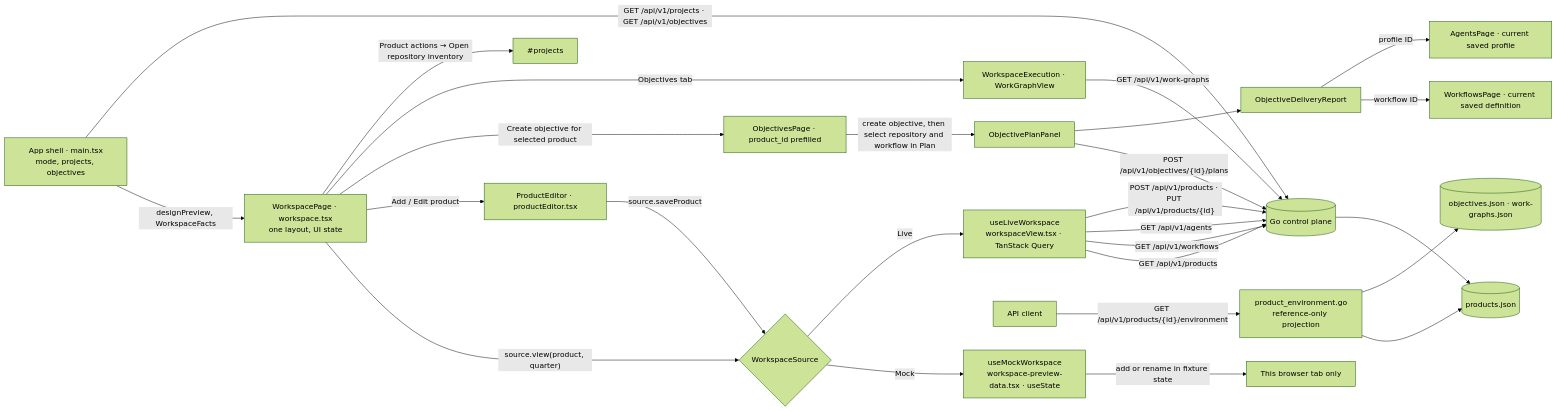
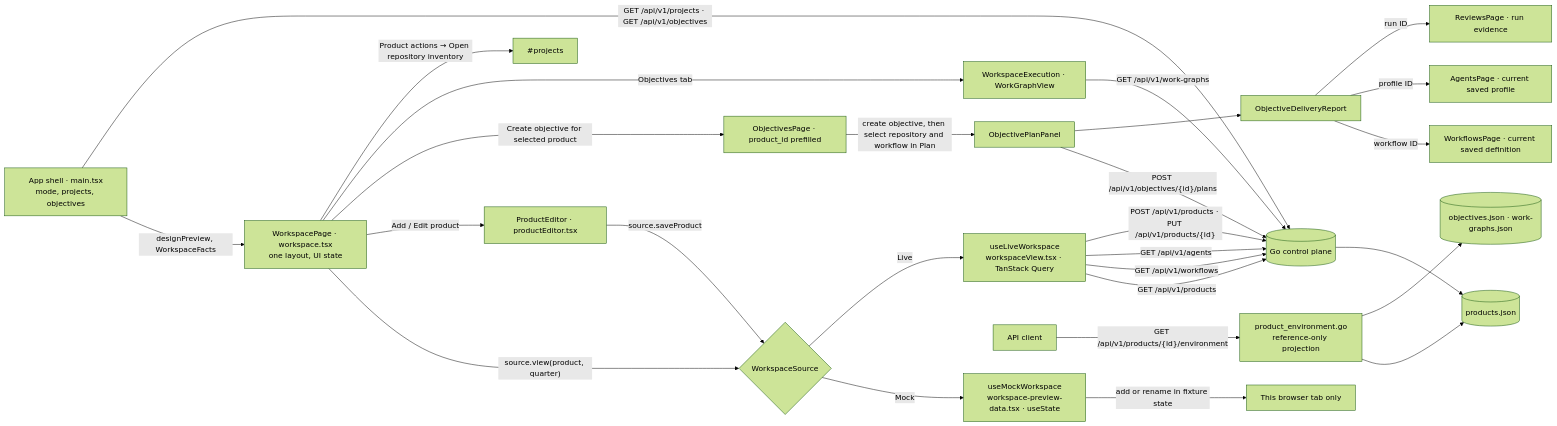
One commit to bogdaniel/zenchron-engineering-os changed the diagram in docs/features/product-workspace.md. Above: the diagram before and after it, drawn with Mermaid (forest theme). The commit also changed other lines of this file and 4 other files, not shown here.

Commit message:
feat(reviews): open execution evidence by run ID

````diff
--- a/docs/features/product-workspace.md
+++ b/docs/features/product-workspace.md
@@ -12,28 +12,29 @@
 ```mermaid
 flowchart LR
     Shell["App shell · main.tsx<br/>mode, projects, objectives"] -->|"designPreview, WorkspaceFacts"| Page["WorkspacePage · workspace.tsx<br/>one layout, UI state"]
     Page -->|"source.view(product, quarter)"| Source{"WorkspaceSource"}
     Source -->|Mock| Mock["useMockWorkspace<br/>workspace-preview-data.tsx · useState"]
     Source -->|Live| Live["useLiveWorkspace<br/>workspaceView.tsx · TanStack Query"]
     Live -->|"GET /api/v1/products"| CP[(Go control plane)]
     Live -->|"GET /api/v1/workflows"| CP
     Live -->|"GET /api/v1/agents"| CP
     Shell -->|"GET /api/v1/projects · GET /api/v1/objectives"| CP
     Page -->|"Add / Edit product"| Editor["ProductEditor · productEditor.tsx"]
     Editor -->|"source.saveProduct"| Source
     Live -->|"POST /api/v1/products · PUT /api/v1/products/{id}"| CP
     Page -->|"Create objective for selected product"| Objective["ObjectivesPage · product_id prefilled"]
     Objective -->|"create objective, then select repository and workflow in Plan"| Plans["ObjectivePlanPanel"]
     Plans -->|"POST /api/v1/objectives/{id}/plans"| CP
     Plans --> Report["ObjectiveDeliveryReport"]
     Report -->|"workflow ID"| Workflow["WorkflowsPage · current saved definition"]
     Report -->|"profile ID"| Agents["AgentsPage · current saved profile"]
+    Report -->|"run ID"| Reviews["ReviewsPage · run evidence"]
     Mock -->|"add or rename in fixture state"| Tab["This browser tab only"]
     CP --> Store[(products.json)]
     Page -->|"Objectives tab"| Execution["WorkspaceExecution · WorkGraphView"]
     Execution -->|"GET /api/v1/work-graphs"| CP
     Client["API client"] -->|"GET /api/v1/products/{id}/environment"| Environment["product_environment.go<br/>reference-only projection"]
     Environment --> Store
     Environment --> Graphs[(objectives.json · work-graphs.json)]
     Page -->|"Product actions → Open repository inventory"| Projects["#projects"]
 ```
````
